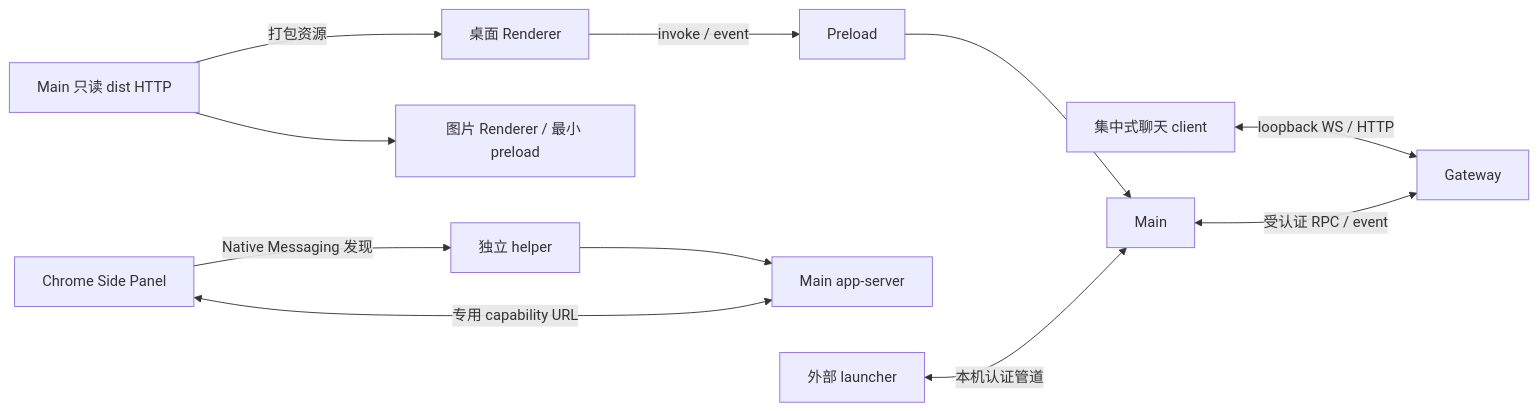
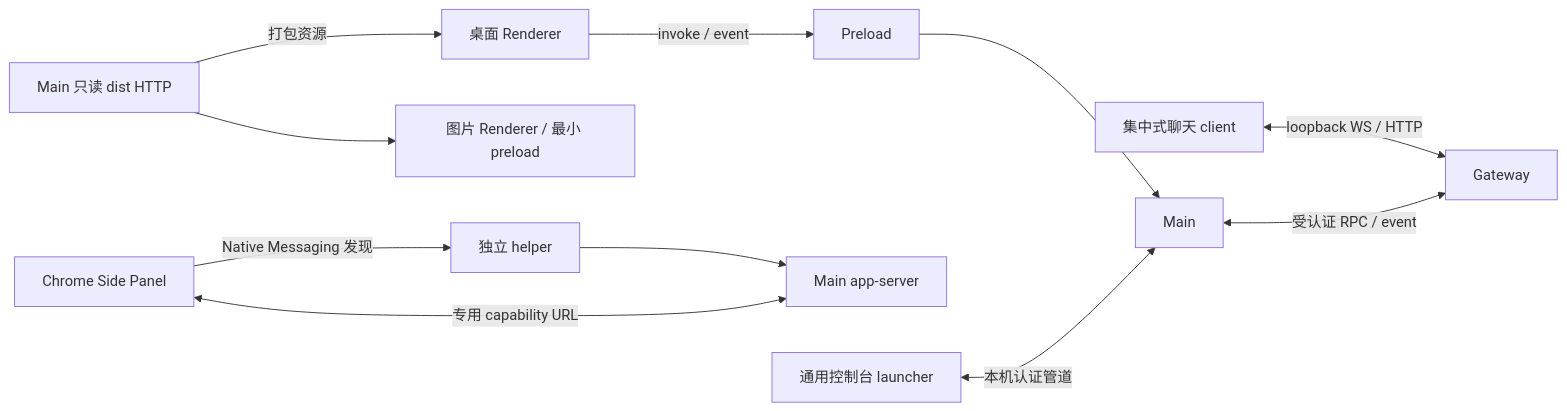
Before and after one commit to liangxhao/JustDo: the fourth of 6 diagrams in docs/architecture/03-process-model.md, drawn with Mermaid. The commit also changed other lines of this file and 151 other files, not shown here.

````diff
--- a/docs/architecture/03-process-model.md
+++ b/docs/architecture/03-process-model.md
@@ -173,12 +173,12 @@
 ```mermaid
 flowchart LR
   Static[Main 只读 dist HTTP] -->|打包资源| UI
   Static --> Preview[图片 Renderer / 最小 preload]
   UI[桌面 Renderer] -->|invoke / event| P[Preload] --> M[Main]
   Chat[集中式聊天 client] <-->|loopback WS / HTTP| G[Gateway]
   M <-->|受认证 RPC / event| G
   Extension[Chrome Side Panel] -->|Native Messaging 发现| Host[独立 helper]
   Host --> Server[Main app-server]
   Extension <-->|专用 capability URL| Server
-  Multica[外部 launcher] <-->|本机认证管道| M
+  Console[通用控制台 launcher] <-->|本机认证管道| M
 ```
````
